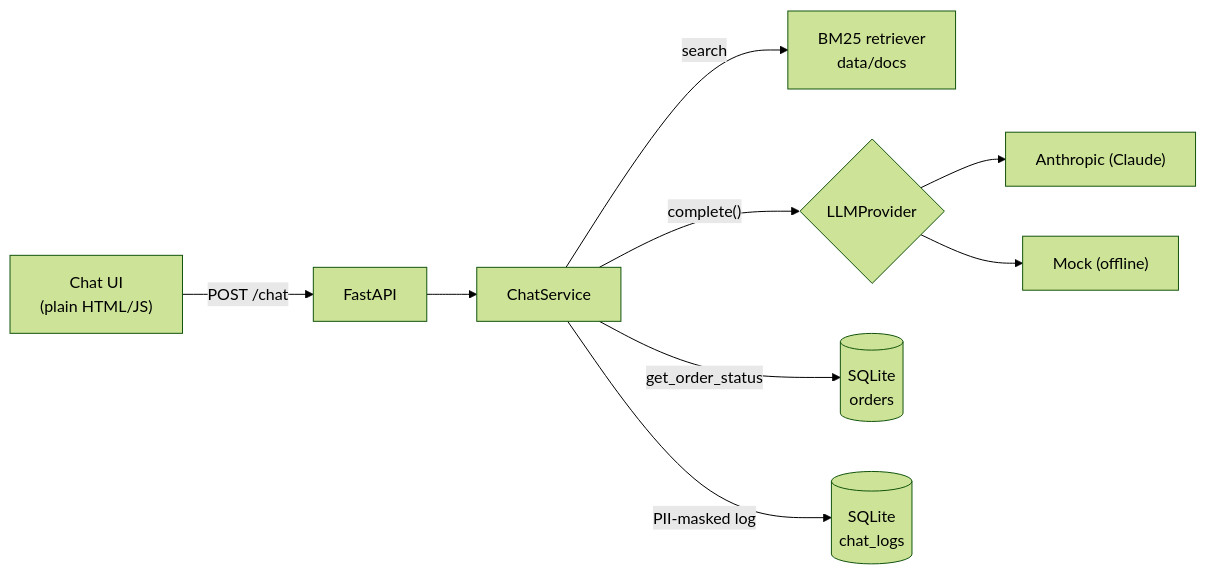
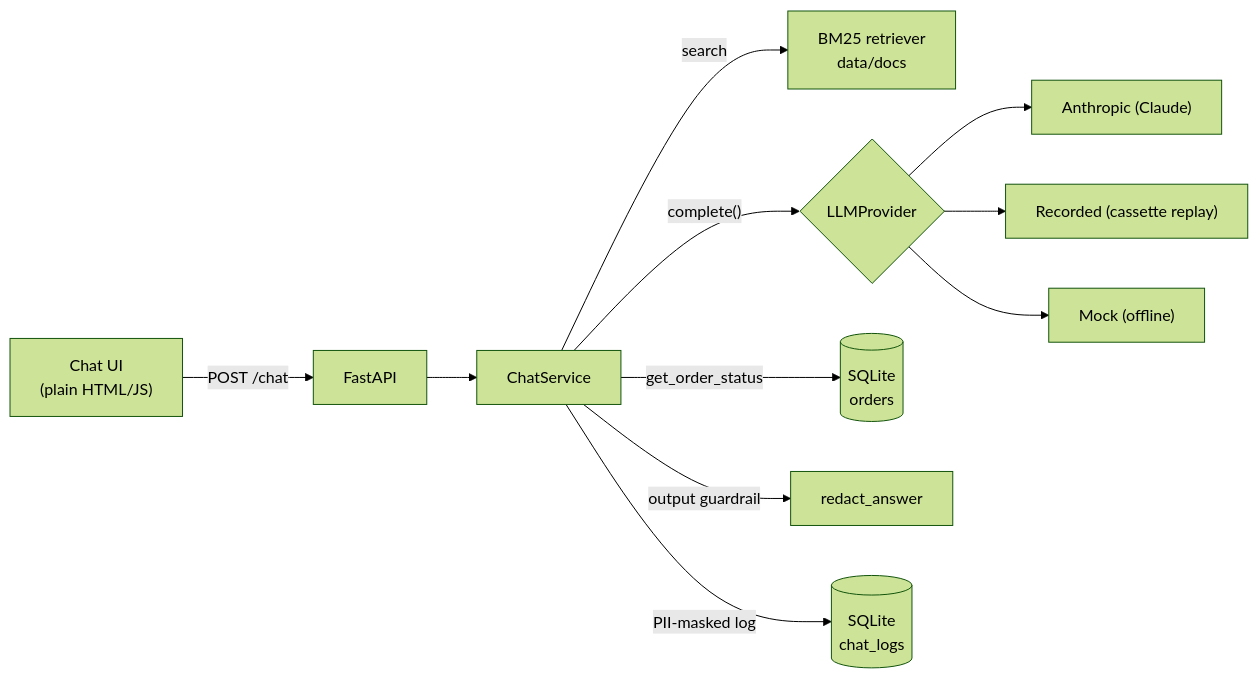
One commit to dhananjay6561/docuchat-qa changed the diagram in README.md. Above: the diagram before and after it, drawn with Mermaid (forest theme). The commit also changed other lines of this file, not shown here.

````diff
--- a/README.md
+++ b/README.md
@@ -17,11 +18,13 @@
 ```mermaid
 flowchart LR
     ui["Chat UI<br/>(plain HTML/JS)"] -- "POST /chat" --> api["FastAPI"]
     api --> svc["ChatService"]
     svc -- "search" --> bm25["BM25 retriever<br/>data/docs"]
     svc -- "complete()" --> llm{"LLMProvider"}
     llm --> claude["Anthropic (Claude)"]
+    llm --> rec["Recorded (cassette replay)"]
     llm --> mock["Mock (offline)"]
     svc -- "get_order_status" --> orders[("SQLite<br/>orders")]
+    svc -- "output guardrail" --> guard["redact_answer"]
     svc -- "PII-masked log" --> logs[("SQLite<br/>chat_logs")]
 ```
````
